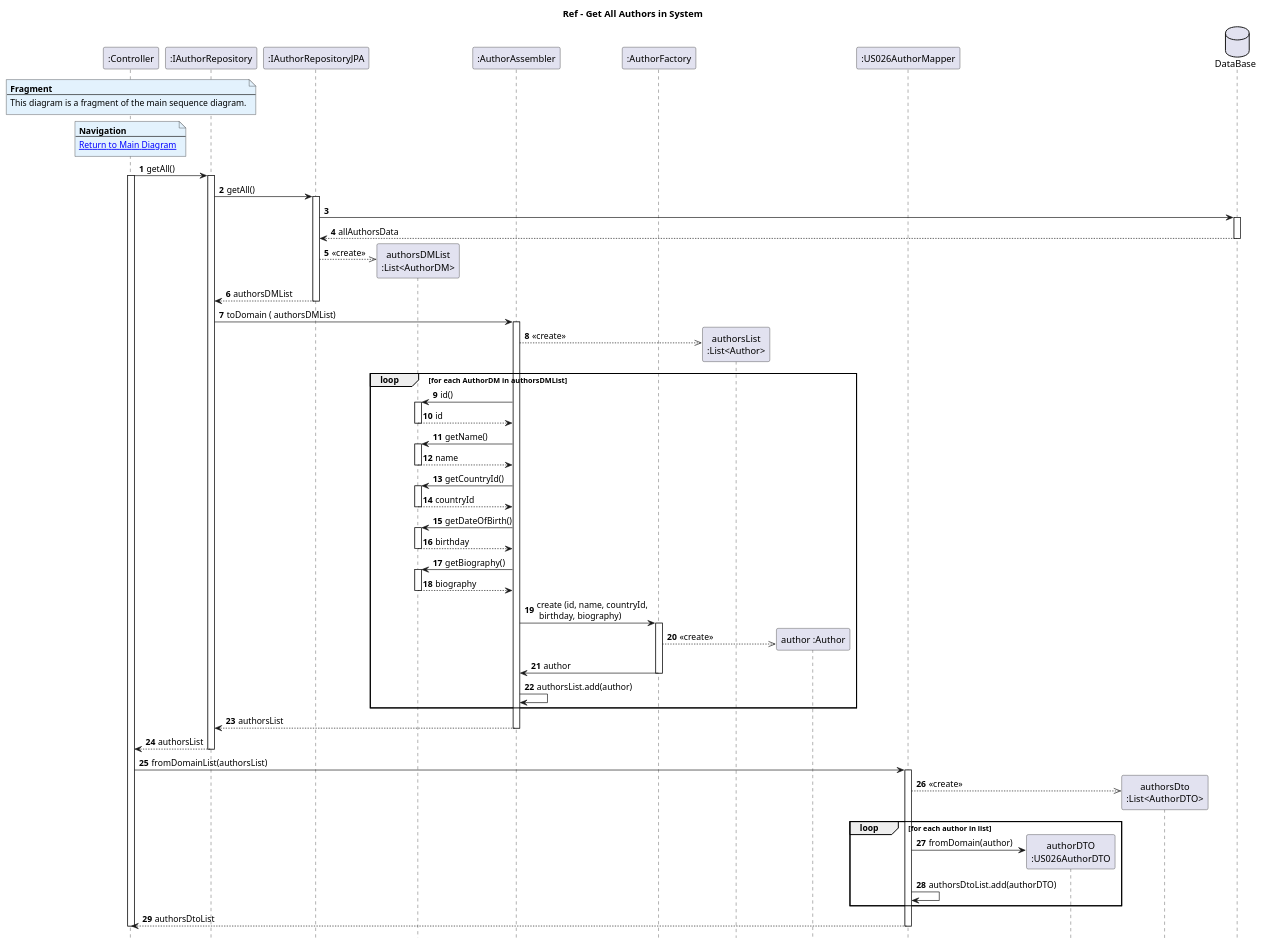
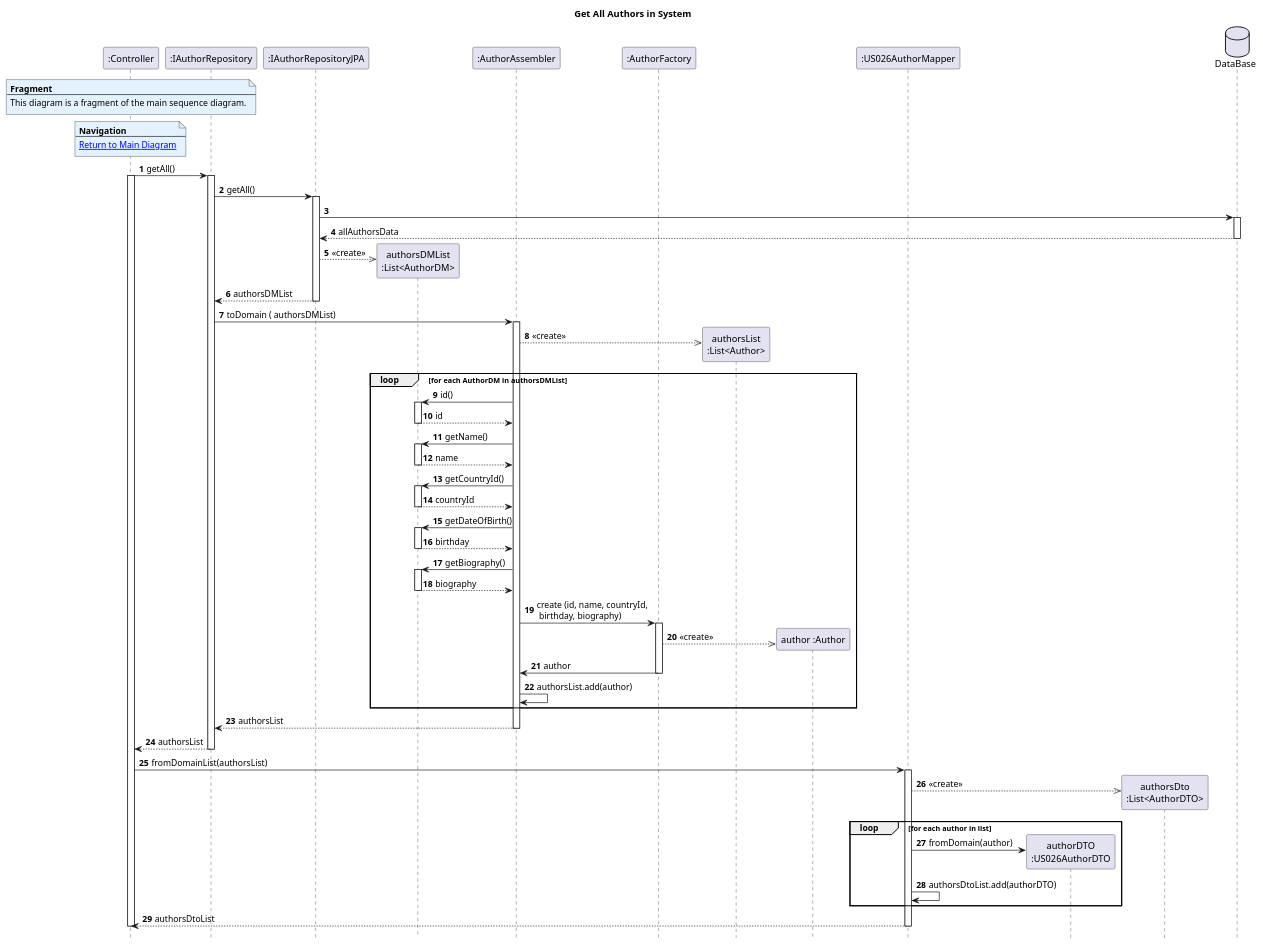
The diagram in Diagrams/SequenceDiagrams/N2/To-get-list-of-items-in-auction-of-a-given-author/2.GetAllAuthors.puml (AndrePereiraGitH/SWitCH-Project-Team_A), drawn with PlantUML before and after one commit. The commit also changed 3 other files, not shown here.

Commit message:
fix #702: rename diagrams

```diff
--- a/Diagrams/SequenceDiagrams/N2/To-get-list-of-items-in-auction-of-a-given-author/2.GetAllAuthors.puml
+++ b/Diagrams/SequenceDiagrams/N2/To-get-list-of-items-in-auction-of-a-given-author/2.GetAllAuthors.puml
@@ -1,126 +1,126 @@
 @startuml
 hide footbox
 autonumber
-title Ref - Get All Authors in System
+title Get All Authors in System
 
 
 
 participant ":Controller" as ctrl
 participant ":IAuthorRepository" as authorRepo
 participant ":IAuthorRepositoryJPA" as authorRepoJpa
 participant "authorsDMList\n:List<AuthorDM>" as authorsDMList
 
 participant ":AuthorAssembler" as authorAssembler
 
 participant ":AuthorFactory" as authorFactory
 
 participant "authorsList\n:List<Author>" as authorsList
 
 participant "author :Author" as author
 
 participant ":US026AuthorMapper" as AuthorMapper
 
 
 participant "authorDTO\n:US026AuthorDTO" as AuthorDTO
 participant "authorsDto\n:List<AuthorDTO>" as AuthorsListDto
 
 database "DataBase" as db
 
 note over ctrl #E3F2FD
 <b>Fragment</b>
 ---
 This diagram is a fragment of the main sequence diagram.
 end note
 
 note over ctrl #E3F2FD
 <b>Navigation</b>
 ---
 [[1.MainDiagram.puml Return to Main Diagram]]
 end note
 
 ' -------- Get All Authors in System --------
 ctrl -> authorRepo : getAll()
 activate ctrl
 activate authorRepo
 
 authorRepo -> authorRepoJpa : getAll()
 activate authorRepoJpa
 authorRepoJpa -> db
 activate db
 db --> authorRepoJpa : allAuthorsData
 deactivate db
 authorRepoJpa -->> authorsDMList** : <<create>>
 authorRepoJpa --> authorRepo : authorsDMList
 deactivate authorRepoJpa
 
 
 ' ----- CONVERT DM TO DOMAIN ---------------
 
 authorRepo -> authorAssembler : toDomain ( authorsDMList)
 activate authorAssembler
 
 authorAssembler -->> authorsList ** : <<create>>
 
 loop for each AuthorDM in authorsDMList
 
     authorAssembler -> authorsDMList : id()
     activate authorsDMList
     authorsDMList --> authorAssembler : id
     deactivate authorsDMList
 
     authorAssembler -> authorsDMList : getName()
     activate authorsDMList
     authorsDMList --> authorAssembler : name
     deactivate authorsDMList
 
     authorAssembler -> authorsDMList : getCountryId()
     activate authorsDMList
     authorsDMList --> authorAssembler : countryId
     deactivate authorsDMList
 
     authorAssembler -> authorsDMList : getDateOfBirth()
     activate authorsDMList
     authorsDMList --> authorAssembler : birthday
     deactivate authorsDMList
 
     authorAssembler -> authorsDMList : getBiography()
     activate authorsDMList
     authorsDMList --> authorAssembler : biography
     deactivate authorsDMList
 
     authorAssembler -> authorFactory : create (id, name, countryId,\n birthday, biography)
     activate authorFactory
 
     authorFactory -->> author ** : <<create>>
     authorFactory -> authorAssembler : author
     deactivate authorFactory
 
     authorAssembler -> authorAssembler : authorsList.add(author)
 
 end loop
 
 
 deactivate authorFactory
 authorAssembler --> authorRepo : authorsList
 deactivate authorAssembler
 
 
 authorRepo --> ctrl : authorsList
 deactivate authorRepo
 
 
 '------ Convert List of Authors into DTO --------
 ctrl -> AuthorMapper : fromDomainList(authorsList)
 activate AuthorMapper
 AuthorMapper -->> AuthorsListDto ** : <<create>>
 
 loop for each author in list
     AuthorMapper -> AuthorDTO ** : fromDomain(author)
     AuthorMapper -> AuthorMapper : authorsDtoList.add(authorDTO)
 end
 
 AuthorMapper --> ctrl : authorsDtoList
 deactivate AuthorMapper
 
 deactivate ctrl
 @enduml
```
